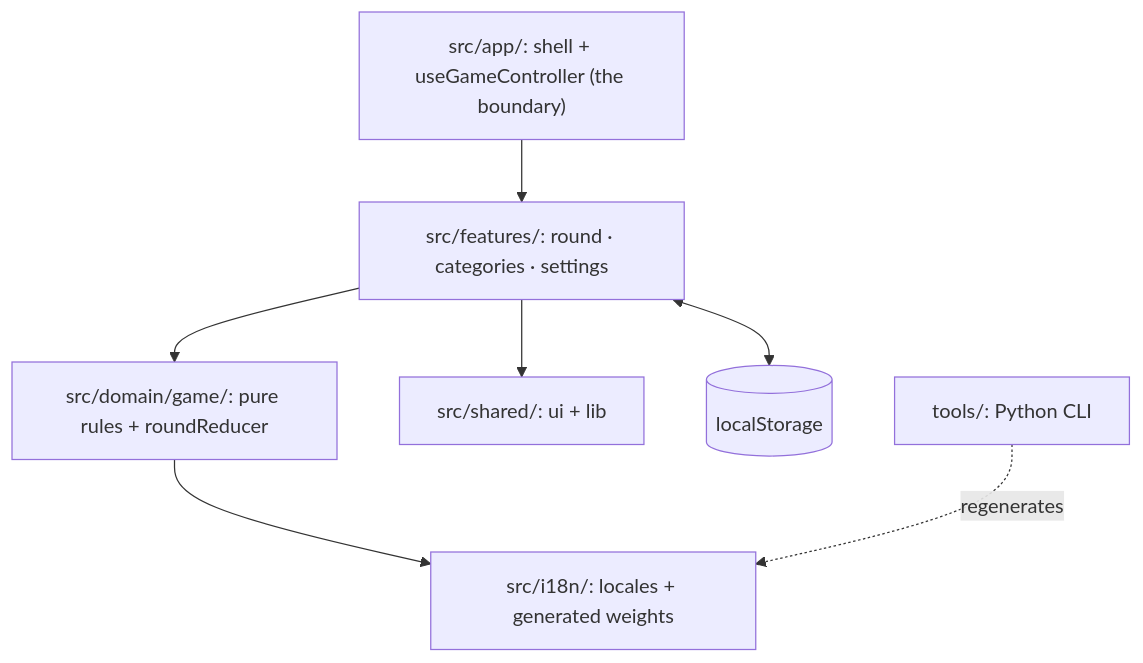
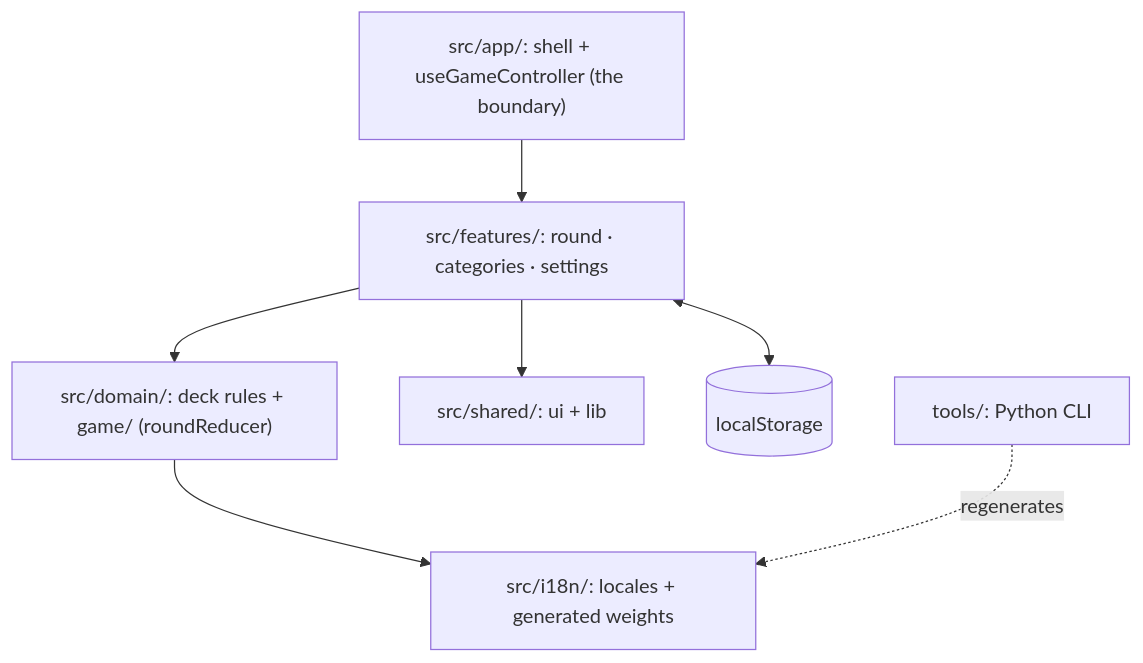
The first of 2 diagrams in docs/architecture.md (simonvanlierde/scattergories), drawn with Mermaid before and after one commit. The commit also changed other lines of this file and 38 other files, not shown here.

First line of the commit message:
refactor: emit letter weights as JSON and gather the deck rules in one module (#93)

````diff
--- a/docs/architecture.md
+++ b/docs/architecture.md
@@ -9,17 +9,17 @@
 ```mermaid
 flowchart TD
     App["src/app/: shell + useGameController (the boundary)"]
     Features["src/features/: round · categories · settings"]
-    Domain["src/domain/game/: pure rules + roundReducer"]
+    Domain["src/domain/: deck rules + game/ (roundReducer)"]
     Shared["src/shared/: ui + lib"]
     I18n["src/i18n/: locales + generated weights"]
     Storage[("localStorage")]
     Tools["tools/: Python CLI"]
 
     App --> Features
     Features --> Domain
     Features --> Shared
     Domain --> I18n
     Features <--> Storage
     Tools -. regenerates .-> I18n
 ```
````
